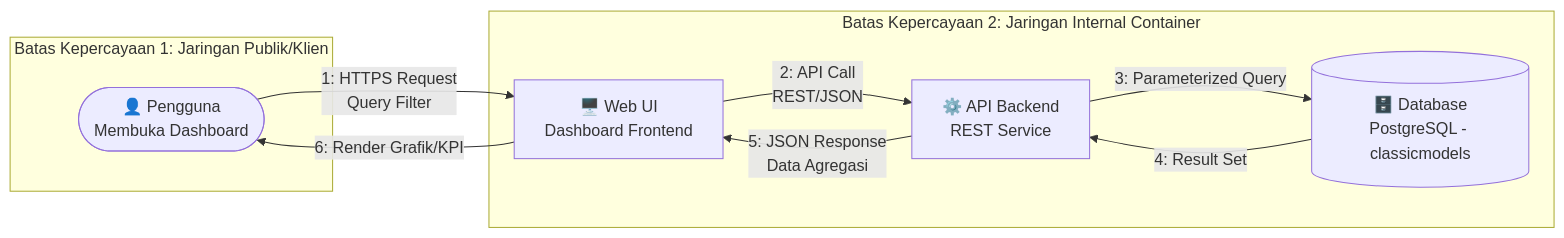
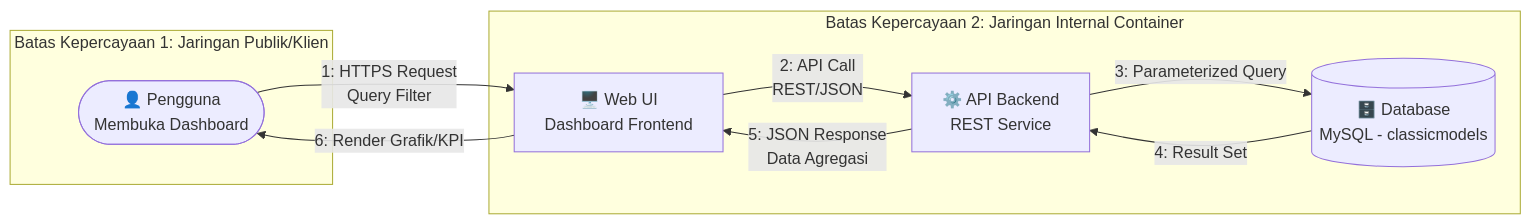
Before and after one commit to nabilroyyan/Kelompok3_DevOps: the diagram in docs/SEC-ENG/Threat-Modelling-V1.md, drawn with Mermaid. The commit also changed other lines of this file, not shown here.

````diff
--- a/docs/SEC-ENG/Threat-Modelling-V1.md
+++ b/docs/SEC-ENG/Threat-Modelling-V1.md
@@ -43,18 +42,18 @@
 ```mermaid
 flowchart LR
     U([👤 Pengguna<br/>Membuka Dashboard]) -->|1: HTTPS Request<br/>Query Filter| WEB[🖥️ Web UI<br/>Dashboard Frontend]
     WEB -->|2: API Call<br/>REST/JSON| API[⚙️ API Backend<br/>REST Service]
-    API -->|3: Parameterized Query| DB[(🗄️ Database<br/>PostgreSQL - classicmodels)]
+    API -->|3: Parameterized Query| DB[(🗄️ Database<br/>MySQL - classicmodels)]
     DB -->|4: Result Set| API
     API -->|5: JSON Response<br/>Data Agregasi| WEB
     WEB -->|6: Render Grafik/KPI| U
 
     subgraph TrustBoundary1["Batas Kepercayaan 1: Jaringan Publik/Klien"]
         U
     end
     subgraph TrustBoundary2["Batas Kepercayaan 2: Jaringan Internal Container"]
         WEB
         API
         DB
     end
 ```
````
